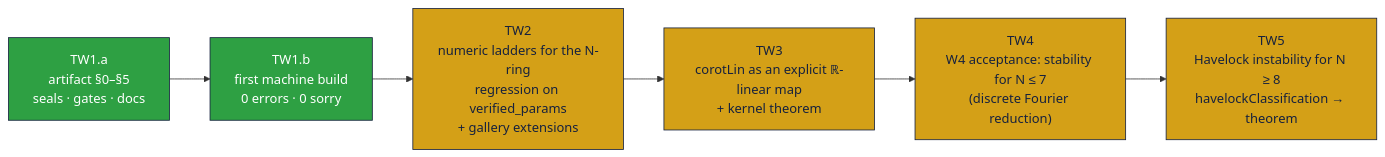
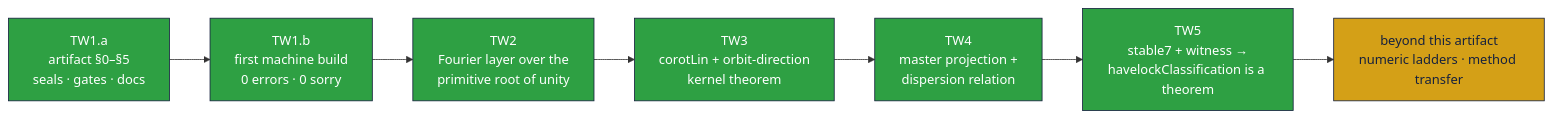
The fifth of 5 diagrams in polyvortex/polyvortex_lean4/README.md (wild8highlander/Trivortex), drawn with Mermaid before and after one commit. The commit also changed other lines of this file and 27 other files, not shown here.

````diff
--- a/polyvortex/polyvortex_lean4/README.md
+++ b/polyvortex/polyvortex_lean4/README.md
@@ -682,12 +823,13 @@
 ```mermaid
 flowchart LR
     TW1a["TW1.a<br/>artifact §0–§5<br/>seals · gates · docs"]:::done
     TW1b["TW1.b<br/>first machine build<br/>0 errors · 0 sorry"]:::done
-    TW2["TW2<br/>numeric ladders for the N-ring<br/>regression on verified_params<br/>+ gallery extensions"]:::queued
-    TW3["TW3<br/>corotLin as an explicit ℝ-linear map<br/>+ kernel theorem"]:::queued
-    TW4["TW4<br/>W4 acceptance: stability for N ≤ 7<br/>(discrete Fourier reduction)"]:::queued
-    TW5["TW5<br/>Havelock instability for N ≥ 8<br/>havelockClassification → theorem"]:::queued
-    TW1a --> TW1b --> TW2 --> TW3 --> TW4 --> TW5
+    TW2["TW2<br/>Fourier layer over the<br/>primitive root of unity"]:::done
+    TW3["TW3<br/>corotLin + orbit-direction<br/>kernel theorem"]:::done
+    TW4["TW4<br/>master projection +<br/>dispersion relation"]:::done
+    TW5["TW5<br/>stable7 + witness →<br/>havelockClassification is a theorem"]:::done
+    NEXT["beyond this artifact<br/>numeric ladders · method transfer"]:::queued
+    TW1a --> TW1b --> TW2 --> TW3 --> TW4 --> TW5 --> NEXT
     classDef done fill:#2EA043,stroke:#16213E,color:#fff;
     classDef queued fill:#D4A017,stroke:#16213E,color:#16213E;
 ```
````
